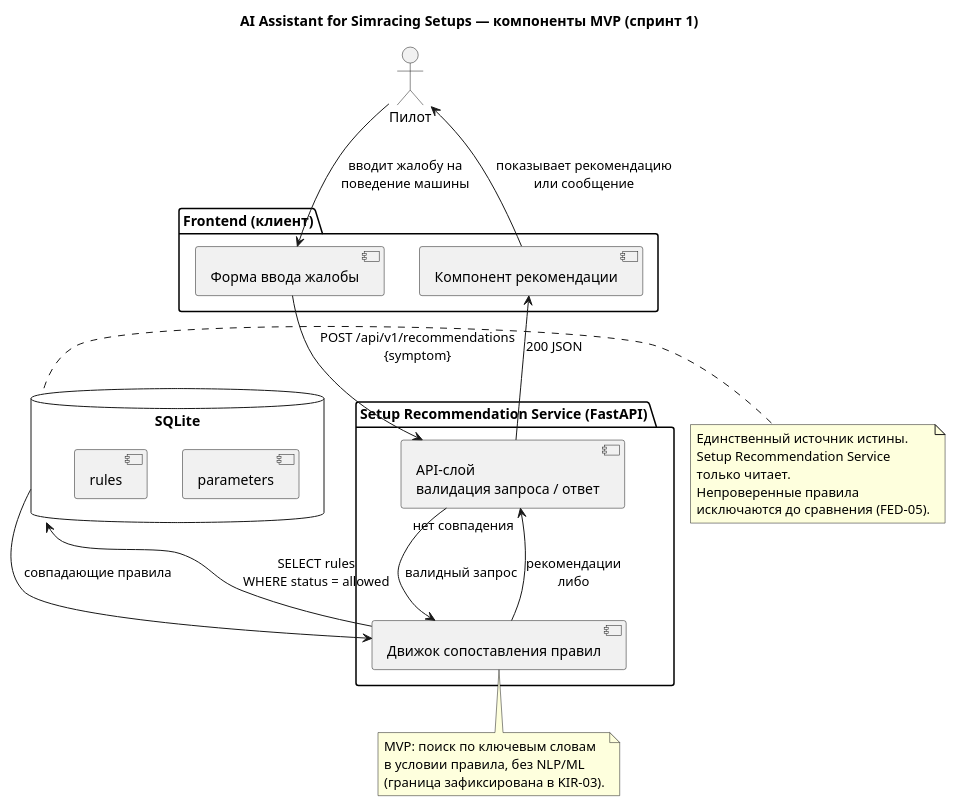
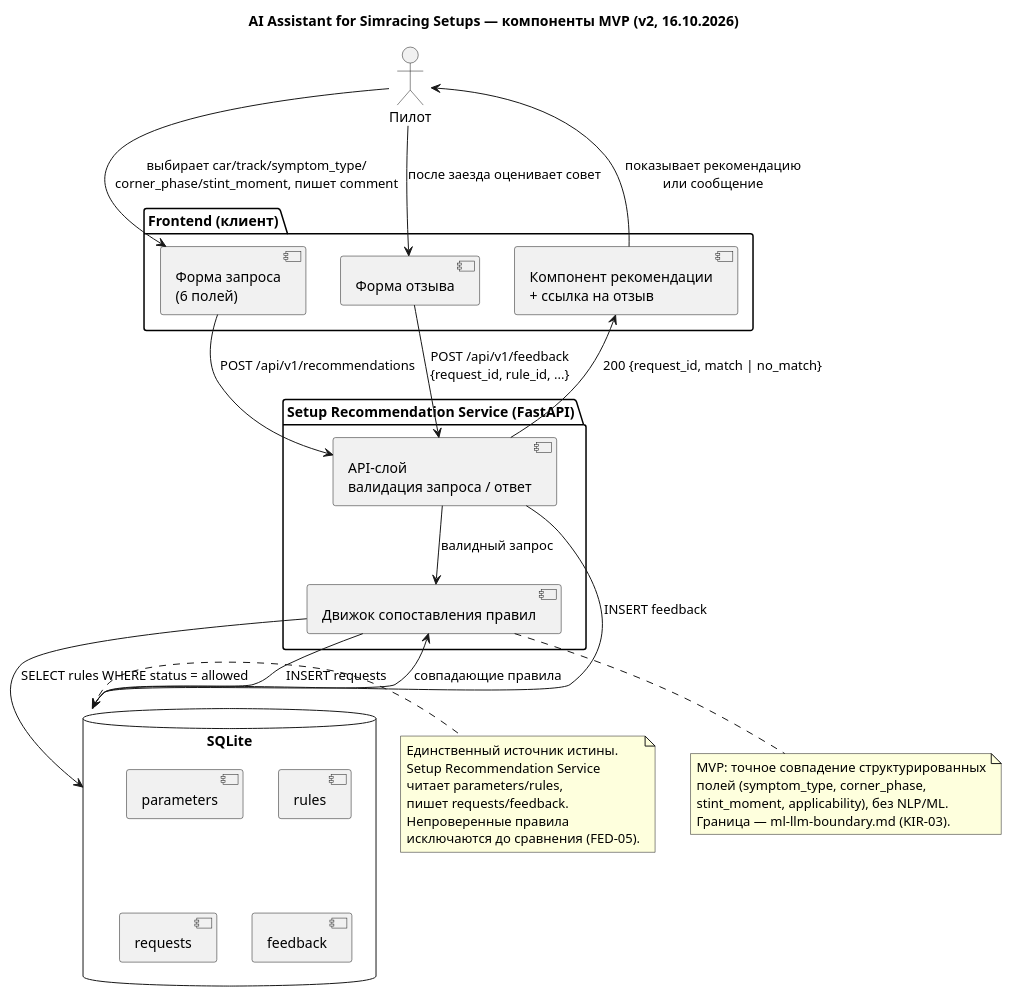
The diagram in docs/diagrams/component.puml (P0dp1vass/sim_race), drawn with PlantUML before and after one commit. The commit also changed 21 other files, not shown here.

```diff
--- a/docs/diagrams/component.puml
+++ b/docs/diagrams/component.puml
@@ -1,44 +1,53 @@
 @startuml component
-title AI Assistant for Simracing Setups — компоненты MVP (спринт 1)
+title AI Assistant for Simracing Setups — компоненты MVP (v2, 16.10.2026)
 
 actor "Пилот" as pilot
 
 package "Frontend (клиент)" {
-  [Форма ввода жалобы] as form
-  [Компонент рекомендации] as recoView
+  [Форма запроса\n(6 полей)] as form
+  [Компонент рекомендации\n+ ссылка на отзыв] as recoView
+  [Форма отзыва] as feedbackForm
 }
 
 package "Setup Recommendation Service (FastAPI)" {
   [API-слой\nвалидация запроса / ответ] as api
   [Движок сопоставления правил] as engine
 }
 
 database "SQLite" as db {
   [parameters]
   [rules]
+  [requests]
+  [feedback]
 }
 
-pilot --> form : вводит жалобу на\nповедение машины
-form --> api : POST /api/v1/recommendations\n{symptom}
+pilot --> form : выбирает car/track/symptom_type/\ncorner_phase/stint_moment, пишет comment
+form --> api : POST /api/v1/recommendations
 api --> engine : валидный запрос
-engine --> db : SELECT rules\nWHERE status = allowed
+engine --> db : SELECT rules WHERE status = allowed
 db --> engine : совпадающие правила
-engine --> api : рекомендации\nлибо "нет совпадения"
-api --> recoView : 200 JSON
+engine --> db : INSERT requests
+api --> recoView : 200 {request_id, match | no_match}
 recoView --> pilot : показывает рекомендацию\nили сообщение
+
+pilot --> feedbackForm : после заезда оценивает совет
+feedbackForm --> api : POST /api/v1/feedback\n{request_id, rule_id, ...}
+api --> db : INSERT feedback
 
 note right of db
   Единственный источник истины.
   Setup Recommendation Service
-  только читает.
+  читает parameters/rules,
+  пишет requests/feedback.
   Непроверенные правила
   исключаются до сравнения (FED-05).
 end note
 
 note bottom of engine
-  MVP: поиск по ключевым словам
-  в условии правила, без NLP/ML
-  (граница зафиксирована в KIR-03).
+  MVP: точное совпадение структурированных
+  полей (symptom_type, corner_phase,
+  stint_moment, applicability), без NLP/ML.
+  Граница — ml-llm-boundary.md (KIR-03).
 end note
 
 @enduml
```
